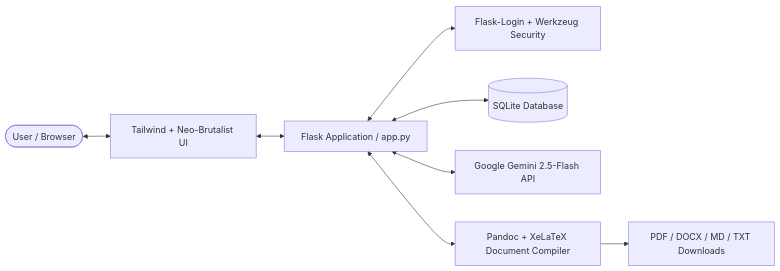
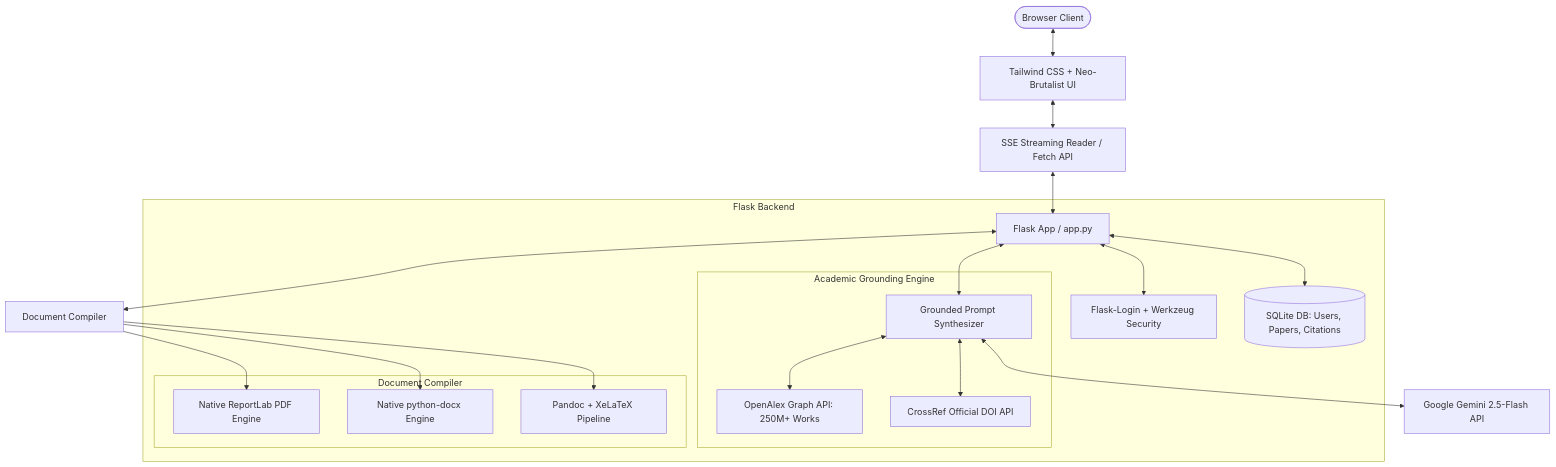
One commit to Lohith-RC/ScholarForge-AI changed the diagram in README.md. Above: the diagram before and after it, drawn with Mermaid. The commit also changed other lines of this file and 9 other files, not shown here.

Commit message:
feat(v2): upgrade to ScholarForge AI 2.0 with SSE streaming, OpenAlex grounding, native multi-format compilers, and library persistence

````diff
--- a/README.md
+++ b/README.md
@@ -45,10 +50,35 @@
 ```mermaid
-graph LR
-    User([User / Browser]) <--> UI[Tailwind + Neo-Brutalist UI]
-    UI <--> Flask[Flask Application / app.py]
-    Flask <--> Auth[Flask-Login + Werkzeug Security]
-    Flask <--> SQLite[(SQLite Database)]
-    Flask <--> Gemini[Google Gemini 2.5-Flash API]
-    Flask <--> Pandoc[Pandoc + XeLaTeX Document Compiler]
-    Pandoc --> Export[PDF / DOCX / MD / TXT Downloads]
+graph TD
+    User([Browser Client]) <--> UI[Tailwind CSS + Neo-Brutalist UI]
+    UI <--> SSE[SSE Streaming Reader / Fetch API]
+    
+    subgraph Flask Backend
+        Router[Flask App / app.py]
+        Auth[Flask-Login + Werkzeug Security]
+        Models[(SQLite DB: Users, Papers, Citations)]
+        
+        subgraph Academic Grounding Engine
+            OpenAlex[OpenAlex Graph API: 250M+ Works]
+            CrossRef[CrossRef Official DOI API]
+            PromptSynth[Grounded Prompt Synthesizer]
+        end
+        
+        subgraph Document Compiler
+            ReportLab[Native ReportLab PDF Engine]
+            Docx[Native python-docx Engine]
+            Pandoc[Pandoc + XeLaTeX Pipeline]
+        end
+    end
+    
+    SSE <--> Router
+    Router <--> Auth
+    Router <--> Models
+    Router <--> PromptSynth
+    PromptSynth <--> OpenAlex
+    PromptSynth <--> CrossRef
+    PromptSynth <--> Gemini[Google Gemini 2.5-Flash API]
+    Router <--> DocumentCompiler[Document Compiler]
+    DocumentCompiler --> ReportLab
+    DocumentCompiler --> Docx
+    DocumentCompiler --> Pandoc
 ```
````
